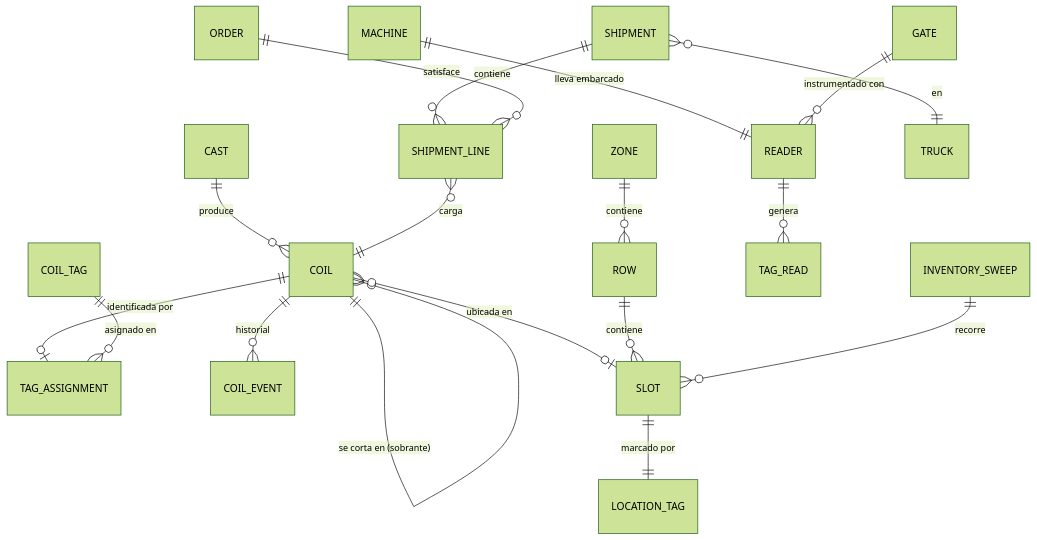
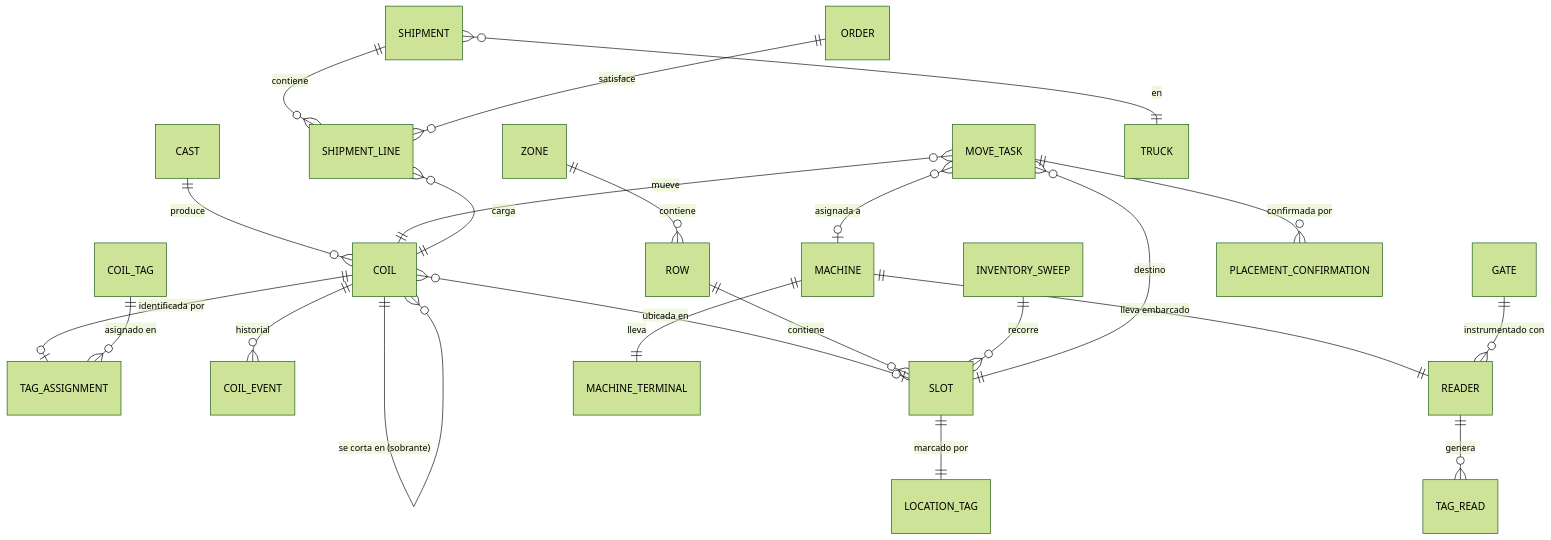
Before and after one commit to iburquijo/colados: the first of 2 diagrams in docs/01-dominio.md, drawn with Mermaid (forest theme). The commit also changed other lines of this file and 8 other files, not shown here.

````diff
--- a/docs/01-dominio.md
+++ b/docs/01-dominio.md
@@ -48,20 +51,25 @@
 ```mermaid
 erDiagram
     CAST ||--o{ COIL : produce
     COIL ||--o{ COIL : "se corta en (sobrante)"
     COIL ||--o| TAG_ASSIGNMENT : "identificada por"
     COIL_TAG ||--o{ TAG_ASSIGNMENT : "asignado en"
     COIL ||--o{ COIL_EVENT : "historial"
     COIL }o--o| SLOT : "ubicada en"
     ZONE ||--o{ ROW : contiene
     ROW ||--o{ SLOT : contiene
     SLOT ||--|| LOCATION_TAG : "marcado por"
     MACHINE ||--|| READER : "lleva embarcado"
     GATE ||--o{ READER : "instrumentado con"
     READER ||--o{ TAG_READ : genera
     INVENTORY_SWEEP ||--o{ SLOT : recorre
+    MACHINE ||--|| MACHINE_TERMINAL : "lleva"
+    MOVE_TASK }o--|| COIL : mueve
+    MOVE_TASK }o--|| SLOT : "destino"
+    MOVE_TASK }o--o| MACHINE : "asignada a"
+    MOVE_TASK ||--o{ PLACEMENT_CONFIRMATION : "confirmada por"
     SHIPMENT ||--o{ SHIPMENT_LINE : contiene
     SHIPMENT_LINE }o--|| COIL : carga
     SHIPMENT }o--|| TRUCK : "en"
     ORDER ||--o{ SHIPMENT_LINE : satisface
 ```
````
